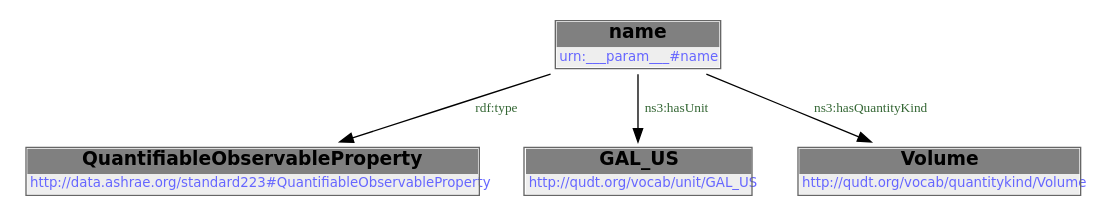
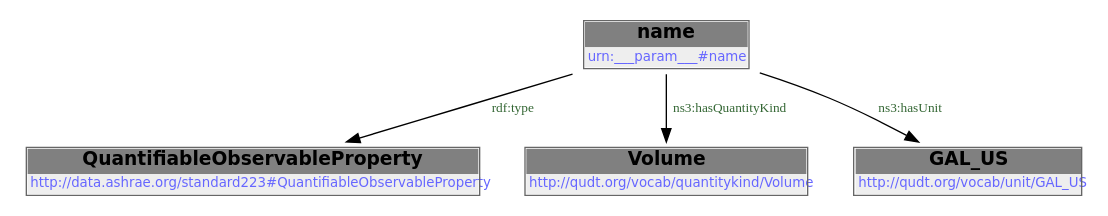
One commit to DataDrivenCPS/water-ontology changed the first of 2 diagrams in docs/libraries/templates/volume.rst. Above: the diagram before and after it, drawn with Graphviz. The commit also changed 33 other files, not shown here.

```diff
--- a/docs/libraries/templates/volume.rst
+++ b/docs/libraries/templates/volume.rst
@@ -59,12 +59,12 @@
         .. graphviz::
 
                 digraph G {
             node [fontname="DejaVu Sans"];
             node0 -> node1 [color=BLACK, label=< <font point-size='10' color='#336633'>rdf:type</font> >];
-            node0 -> node2 [color=BLACK, label=< <font point-size='10' color='#336633'>ns3:hasUnit</font> >];
-            node0 -> node3 [color=BLACK, label=< <font point-size='10' color='#336633'>ns3:hasQuantityKind</font> >];
+            node0 -> node2 [color=BLACK, label=< <font point-size='10' color='#336633'>ns3:hasQuantityKind</font> >];
+            node0 -> node3 [color=BLACK, label=< <font point-size='10' color='#336633'>ns3:hasUnit</font> >];
             node0 [shape=none, color=black, label=< <table color='#666666' cellborder='0' cellspacing='0' border='1'><tr><td colspan='2' bgcolor='grey'><B>name</B></td></tr><tr><td href='urn:___param___#name' bgcolor='#eeeeee' colspan='2'><font point-size='10' color='#6666ff'>urn:___param___#name</font></td></tr></table> >];
             node1 [shape=none, color=black, label=< <table color='#666666' cellborder='0' cellspacing='0' border='1'><tr><td colspan='2' bgcolor='grey'><B>QuantifiableObservableProperty</B></td></tr><tr><td href='http://data.ashrae.org/standard223#QuantifiableObservableProperty' bgcolor='#eeeeee' colspan='2'><font point-size='10' color='#6666ff'>http://data.ashrae.org/standard223#QuantifiableObservableProperty</font></td></tr></table> >];
-            node2 [shape=none, color=black, label=< <table color='#666666' cellborder='0' cellspacing='0' border='1'><tr><td colspan='2' bgcolor='grey'><B>GAL_US</B></td></tr><tr><td href='http://qudt.org/vocab/unit/GAL_US' bgcolor='#eeeeee' colspan='2'><font point-size='10' color='#6666ff'>http://qudt.org/vocab/unit/GAL_US</font></td></tr></table> >];
-            node3 [shape=none, color=black, label=< <table color='#666666' cellborder='0' cellspacing='0' border='1'><tr><td colspan='2' bgcolor='grey'><B>Volume</B></td></tr><tr><td href='http://qudt.org/vocab/quantitykind/Volume' bgcolor='#eeeeee' colspan='2'><font point-size='10' color='#6666ff'>http://qudt.org/vocab/quantitykind/Volume</font></td></tr></table> >];
+            node2 [shape=none, color=black, label=< <table color='#666666' cellborder='0' cellspacing='0' border='1'><tr><td colspan='2' bgcolor='grey'><B>Volume</B></td></tr><tr><td href='http://qudt.org/vocab/quantitykind/Volume' bgcolor='#eeeeee' colspan='2'><font point-size='10' color='#6666ff'>http://qudt.org/vocab/quantitykind/Volume</font></td></tr></table> >];
+            node3 [shape=none, color=black, label=< <table color='#666666' cellborder='0' cellspacing='0' border='1'><tr><td colspan='2' bgcolor='grey'><B>GAL_US</B></td></tr><tr><td href='http://qudt.org/vocab/unit/GAL_US' bgcolor='#eeeeee' colspan='2'><font point-size='10' color='#6666ff'>http://qudt.org/vocab/unit/GAL_US</font></td></tr></table> >];
             }
```
